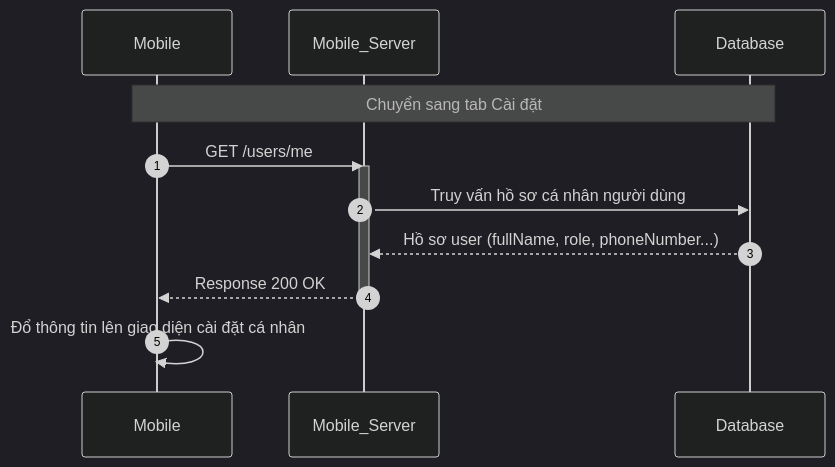
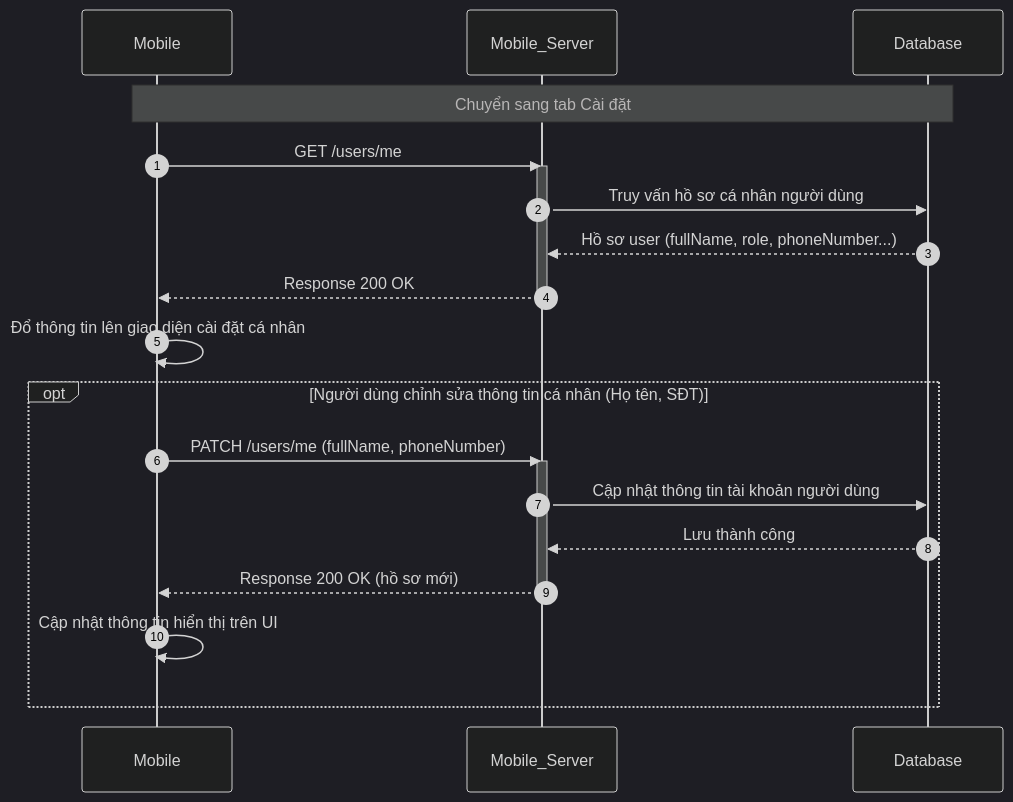
The tenth of 21 diagrams in docs/04-sequence-diagram.md (trungnguyenthien/Wildlife-Warning-and-Deterrence-System), drawn with Mermaid (dark theme) before and after one commit. The commit also changed other lines of this file and 3 other files, not shown here.

Commit message:
docs: update sequence and mobile API documentation and add new agent skill profile

````diff
--- a/docs/04-sequence-diagram.md
+++ b/docs/04-sequence-diagram.md
@@ -365,16 +376,26 @@
 ```mermaid
 sequenceDiagram
     autonumber
     participant Mobile as Mobile
     participant Mobile_Server as Mobile_Server
     participant Database as Database
 
     Note over Mobile, Database: Chuyển sang tab Cài đặt
     Mobile->>Mobile_Server: GET /users/me
     activate Mobile_Server
     Mobile_Server->>Database: Truy vấn hồ sơ cá nhân người dùng
     Database-->>Mobile_Server: Hồ sơ user (fullName, role, phoneNumber...)
     Mobile_Server-->>Mobile: Response 200 OK
     deactivate Mobile_Server
     Mobile->>Mobile: Đổ thông tin lên giao diện cài đặt cá nhân
+
+    opt Người dùng chỉnh sửa thông tin cá nhân (Họ tên, SĐT)
+        Mobile->>Mobile_Server: PATCH /users/me (fullName, phoneNumber)
+        activate Mobile_Server
+        Mobile_Server->>Database: Cập nhật thông tin tài khoản người dùng
+        Database-->>Mobile_Server: Lưu thành công
+        Mobile_Server-->>Mobile: Response 200 OK (hồ sơ mới)
+        deactivate Mobile_Server
+        Mobile->>Mobile: Cập nhật thông tin hiển thị trên UI
+    end
 ```
````
